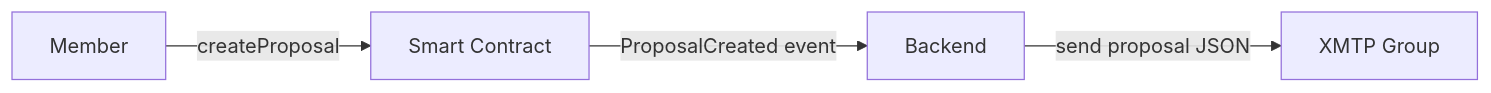
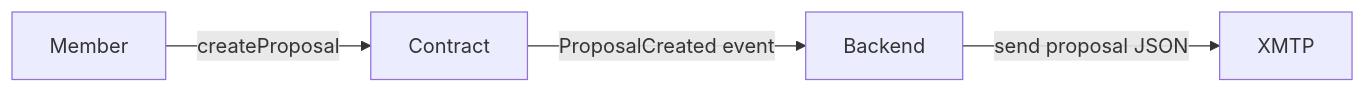
The seventh of 12 diagrams in CORE_FLOW_DOCS.MD (templ-fun/templ-evm-protocol), drawn with Mermaid before and after one commit. The commit also changed other lines of this file, not shown here.

Commit message:
docs(core): standardize mermaid labels

````diff
--- a/CORE_FLOW_DOCS.MD
+++ b/CORE_FLOW_DOCS.MD
@@ -106,6 +106,6 @@
 ```mermaid
 flowchart LR
-    M[Member] -->|createProposal| C[Smart Contract]
+    M[Member] -->|createProposal| C[Contract]
     C -->|ProposalCreated event| B[Backend]
-    B -->|send proposal JSON| X[XMTP Group]
+    B -->|send proposal JSON| X[XMTP]
 ```
````
